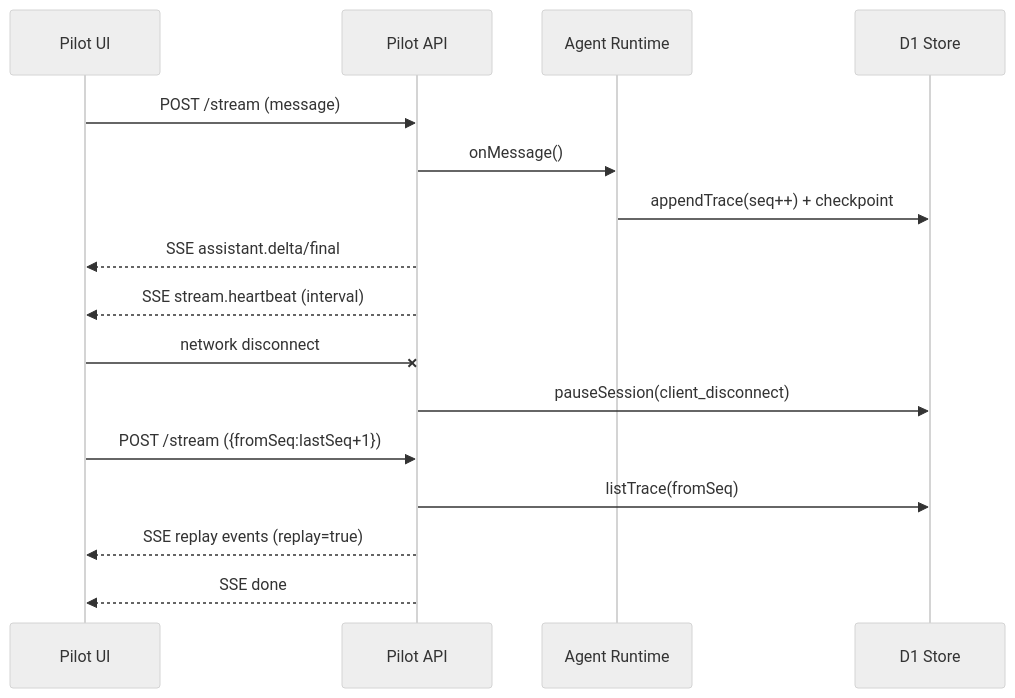
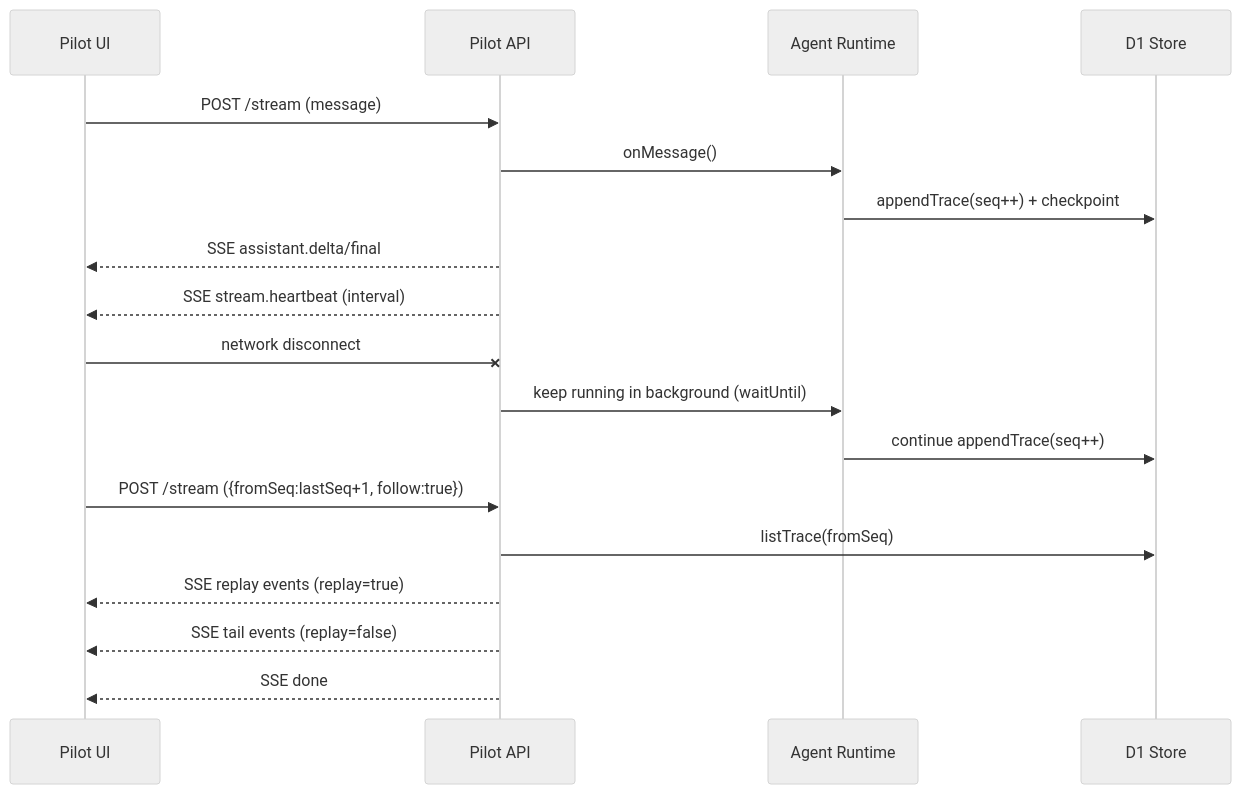
The diagram in docs/plan-prd/docs/PILOT-INTELLIGENCE-API-CONTRACT.md (talex-touch/tuff), drawn with Mermaid (neutral theme) before and after one commit. The commit also changed other lines of this file and 32 other files, not shown here.

````diff
--- a/docs/plan-prd/docs/PILOT-INTELLIGENCE-API-CONTRACT.md
+++ b/docs/plan-prd/docs/PILOT-INTELLIGENCE-API-CONTRACT.md
@@ -149,21 +186,23 @@
 ```mermaid
 sequenceDiagram
   participant UI as Pilot UI
   participant API as Pilot API
   participant RT as Agent Runtime
   participant D1 as D1 Store
 
   UI->>API: POST /stream (message)
   API->>RT: onMessage()
   RT->>D1: appendTrace(seq++) + checkpoint
   API-->>UI: SSE assistant.delta/final
   API-->>UI: SSE stream.heartbeat (interval)
 
   UI-x API: network disconnect
-  API->>D1: pauseSession(client_disconnect)
+  API->>RT: keep running in background (waitUntil)
+  RT->>D1: continue appendTrace(seq++)
 
-  UI->>API: POST /stream ({fromSeq:lastSeq+1})
+  UI->>API: POST /stream ({fromSeq:lastSeq+1, follow:true})
   API->>D1: listTrace(fromSeq)
   API-->>UI: SSE replay events (replay=true)
+  API-->>UI: SSE tail events (replay=false)
   API-->>UI: SSE done
 ```
````
